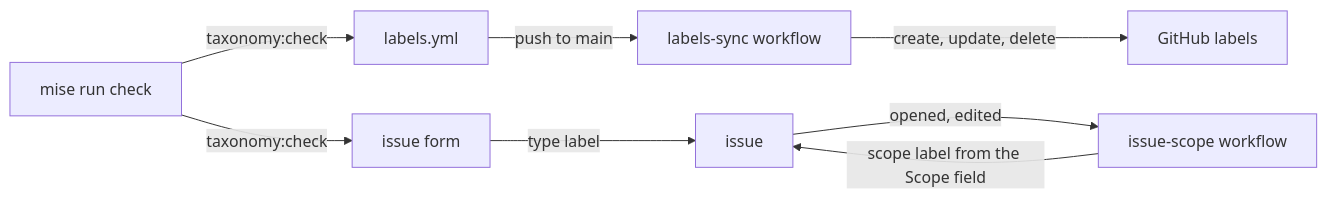
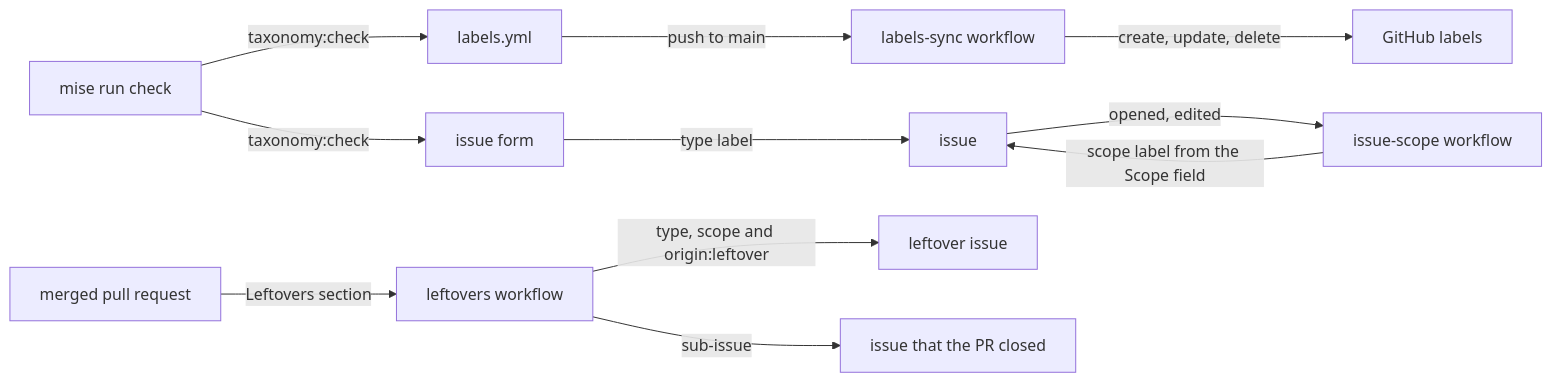
Before and after one commit to martin-macak/aade: the diagram in docs/github-taxonomy.md, drawn with Mermaid. The commit also changed other lines of this file and 62 other files, not shown here.

First line of the commit message:
chore(repository): file the leftovers of merged PRs as issues

````diff
--- a/docs/github-taxonomy.md
+++ b/docs/github-taxonomy.md
@@ -19,10 +19,13 @@
 ```mermaid
 flowchart LR
   L[labels.yml] -->|push to main| S[labels-sync workflow]
   S -->|create, update, delete| GL[GitHub labels]
   F[issue form] -->|type label| I[issue]
   I -->|opened, edited| W[issue-scope workflow]
   W -->|scope label from the Scope field| I
   C[mise run check] -->|taxonomy:check| L
   C -->|taxonomy:check| F
+  P[merged pull request] -->|Leftovers section| LW[leftovers workflow]
+  LW -->|type, scope and origin:leftover| LI[leftover issue]
+  LW -->|sub-issue| CI[issue that the PR closed]
 ```
````
